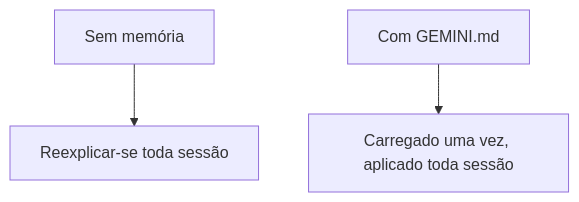
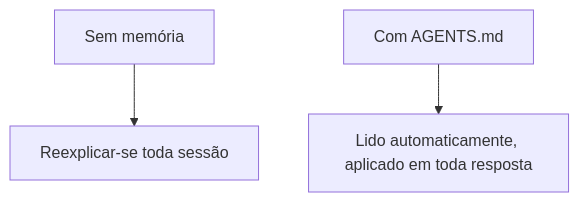
One commit to KakkoiDev/izumo-io changed the diagram in content/ai/a05.pt.md. Above: the diagram before and after it, drawn with Mermaid. The commit also changed other lines of this file and 39 other files, not shown here.

````diff
--- a/content/ai/a05.pt.md
+++ b/content/ai/a05.pt.md
@@ -19,5 +24,5 @@
 ```mermaid
 flowchart TD
     A[Sem memória] --> B[Reexplicar-se toda sessão]
-    C[Com GEMINI.md] --> D[Carregado uma vez, aplicado toda sessão]
+    C[Com AGENTS.md] --> D[Lido automaticamente, aplicado em toda resposta]
 ```
````
